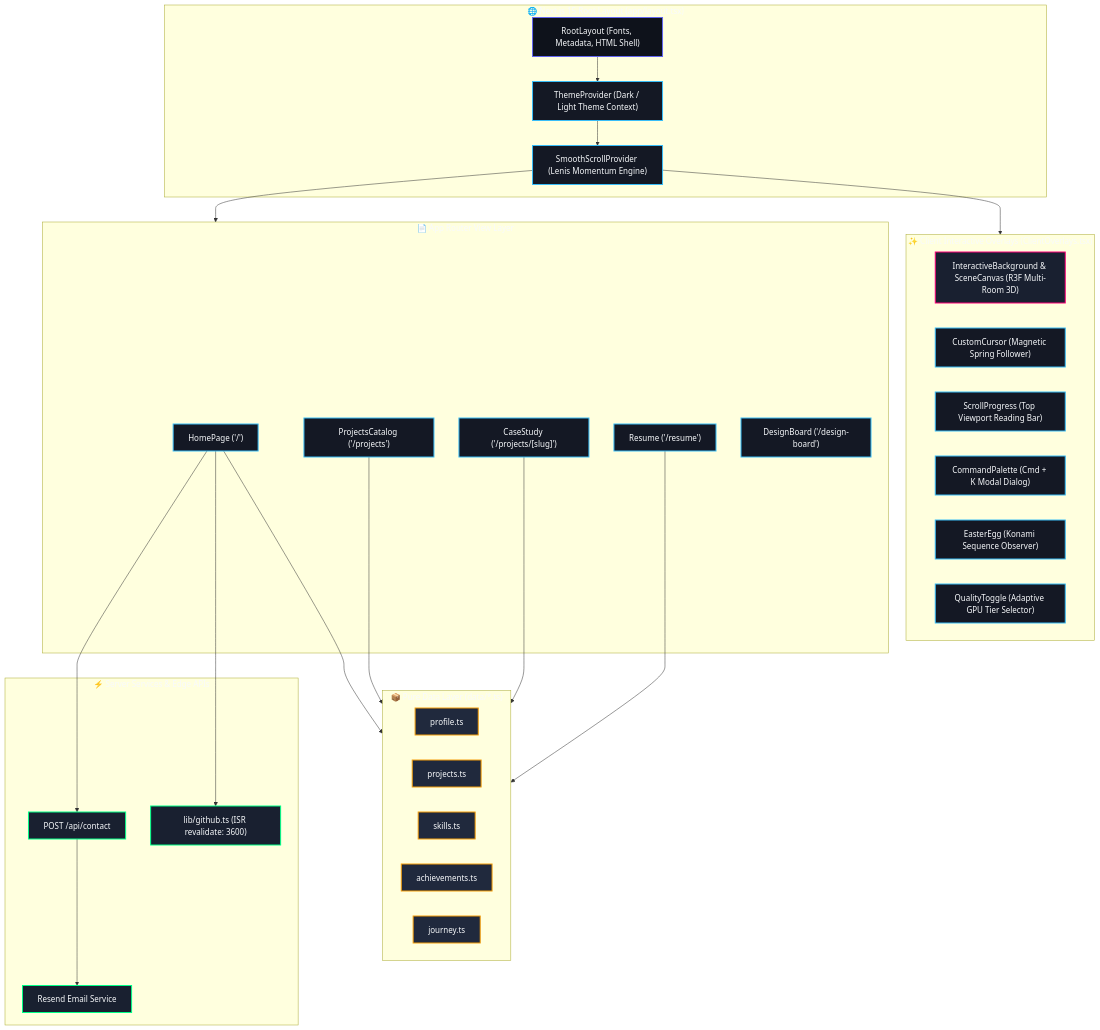
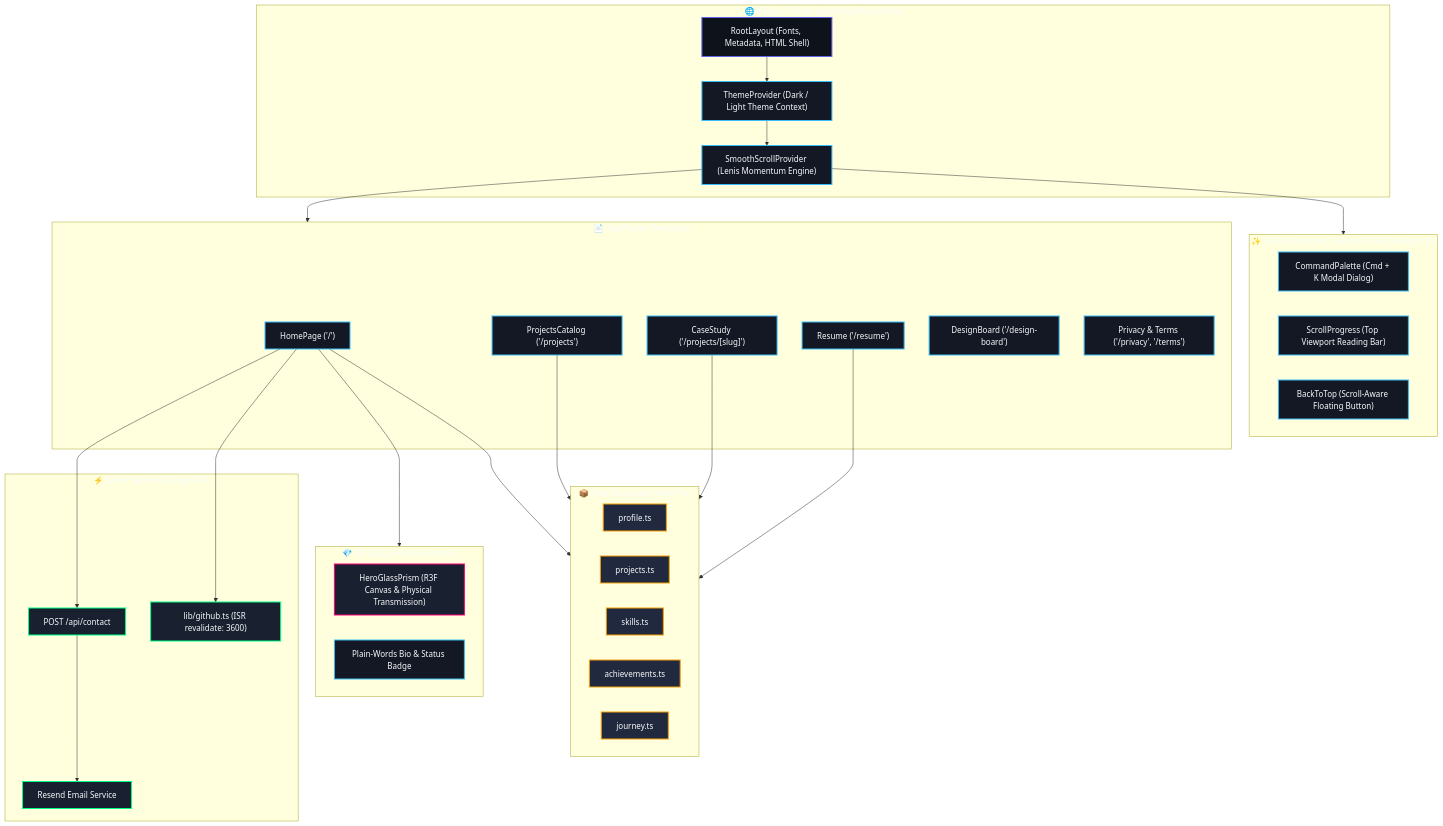
One commit to Parthparthu/me changed the first of 3 diagrams in README.md. Above: the diagram before and after it, drawn with Mermaid. The commit also changed other lines of this file and 68 other files, not shown here.

Commit message:
feat: optimize 3D canvas with HeroGlassPrism, add legal pages, enhance UI & assets

````diff
--- a/README.md
+++ b/README.md
@@ -211,56 +210,60 @@
 ```mermaid
 graph TD
     %% Base Theme Styling
     classDef root fill:#0E121B,stroke:#6366F1,stroke-width:2px,color:#F8FAFC;
     classDef client fill:#141824,stroke:#38BDF8,stroke-width:2px,color:#F8FAFC;
     classDef three fill:#192030,stroke:#FF007A,stroke-width:2px,color:#F8FAFC;
     classDef api fill:#192030,stroke:#00FF88,stroke-width:2px,color:#F8FAFC;
     classDef data fill:#20293D,stroke:#F59E0B,stroke-width:2px,color:#F8FAFC;
 
     subgraph Core ["🌐 Next.js 15 Root Layout (app/layout.tsx)"]
         A["RootLayout (Fonts, Metadata, HTML Shell)"]:::root
         B["ThemeProvider (Dark / Light Theme Context)"]:::client
         C["SmoothScrollProvider (Lenis Momentum Engine)"]:::client
     end
 
     subgraph Overlays ["✨ Client Interactive Overlays (ClientOverlays.tsx)"]
-        D["InteractiveBackground & SceneCanvas (R3F Multi-Room 3D)"]:::three
-        E["CustomCursor (Magnetic Spring Follower)"]:::client
+        E["CommandPalette (Cmd + K Modal Dialog)"]:::client
         F["ScrollProgress (Top Viewport Reading Bar)"]:::client
-        G["CommandPalette (Cmd + K Modal Dialog)"]:::client
-        H["EasterEgg (Konami Sequence Observer)"]:::client
-        I["QualityToggle (Adaptive GPU Tier Selector)"]:::client
+        I["BackToTop (Scroll-Aware Floating Button)"]:::client
+    end
+
+    subgraph Hero ["💎 3D Optics (HeroSection.tsx)"]
+        H1["HeroGlassPrism (R3F Canvas & Physical Transmission)"]:::three
+        H2["Plain-Words Bio & Status Badge"]:::client
     end
 
     subgraph Pages ["📄 App Router View Layer"]
         P1["HomePage ('/')"]:::client
         P2["ProjectsCatalog ('/projects')"]:::client
         P3["CaseStudy ('/projects/[slug]')"]:::client
         P4["Resume ('/resume')"]:::client
         P5["DesignBoard ('/design-board')"]:::client
+        P6["Privacy & Terms ('/privacy', '/terms')"]:::client
     end
 
     subgraph Backend ["⚡ Server Services & Edge APIs"]
         API["POST /api/contact"]:::api
         RSND["Resend Email Service"]:::api
         GH["lib/github.ts (ISR revalidate: 3600)"]:::api
     end
 
     subgraph StaticData ["📦 Pure Data Layer (data/*.ts)"]
         D1["profile.ts"]:::data
         D2["projects.ts"]:::data
         D3["skills.ts"]:::data
         D4["achievements.ts"]:::data
         D5["journey.ts"]:::data
     end
 
     A --> B --> C
     C --> Pages
     C --> Overlays
+    P1 --> Hero
     P1 --> StaticData
     P2 --> StaticData
     P3 --> StaticData
     P4 --> StaticData
     P1 --> API --> RSND
     P1 --> GH
 ```
````
